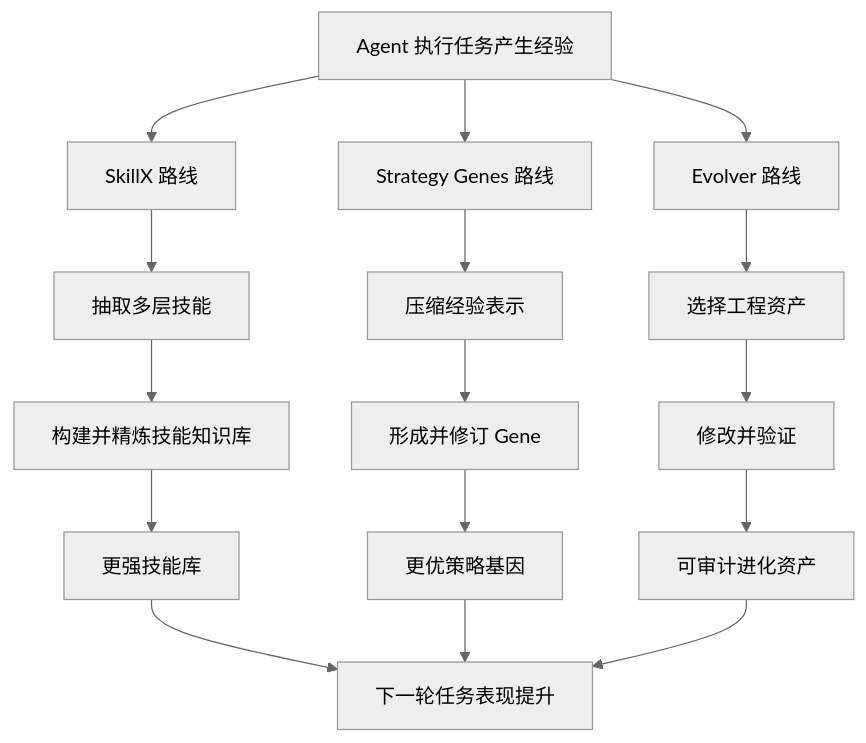
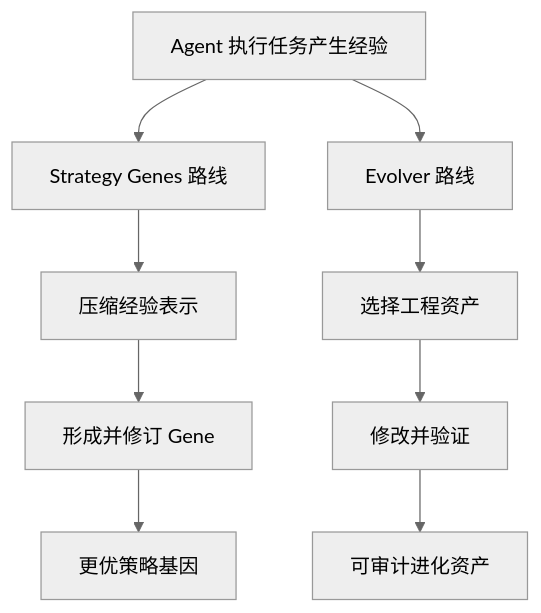
The sixth of 11 diagrams in docs/agent-engineering/self-evolve/路线总览.md (pofossette/guidebooks), drawn with Mermaid (neutral theme) before and after one commit. The commit also changed other lines of this file and 3 other files, not shown here.

````diff
--- a/docs/agent-engineering/self-evolve/路线总览.md
+++ b/docs/agent-engineering/self-evolve/路线总览.md
@@ -88,22 +124,11 @@
 ```mermaid
 flowchart TD
-    A[Agent 执行任务产生经验] --> B1[SkillX 路线]
-    A --> B2[Strategy Genes 路线]
-    A --> B3[Evolver 路线]
-
-    B1 --> C1[抽取多层技能]
-    C1 --> D1[构建并精炼技能知识库]
-    D1 --> E1[更强技能库]
-
-    B2 --> C2[压缩经验表示]
-    C2 --> D2[形成并修订 Gene]
-    D2 --> E2[更优策略基因]
-
-    B3 --> C3[选择工程资产]
-    C3 --> D3[修改并验证]
-    D3 --> E3[可审计进化资产]
-
-    E1 --> F[下一轮任务表现提升]
-    E2 --> F
-    E3 --> F
+    A[Agent 执行任务产生经验] --> B3[Strategy Genes 路线]
+    A --> B4[Evolver 路线]
+    B3 --> C3[压缩经验表示]
+    C3 --> D3[形成并修订 Gene]
+    D3 --> E3[更优策略基因]
+    B4 --> C4[选择工程资产]
+    C4 --> D4[修改并验证]
+    D4 --> E4[可审计进化资产]
 ```
````
